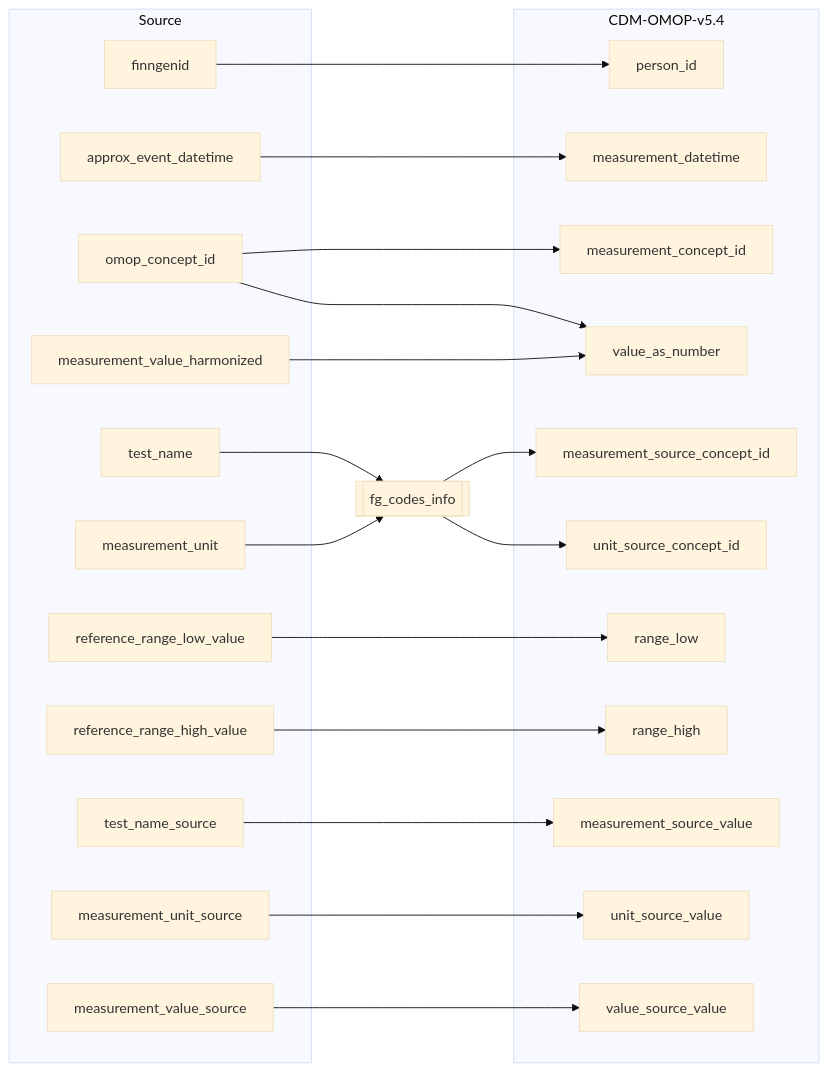
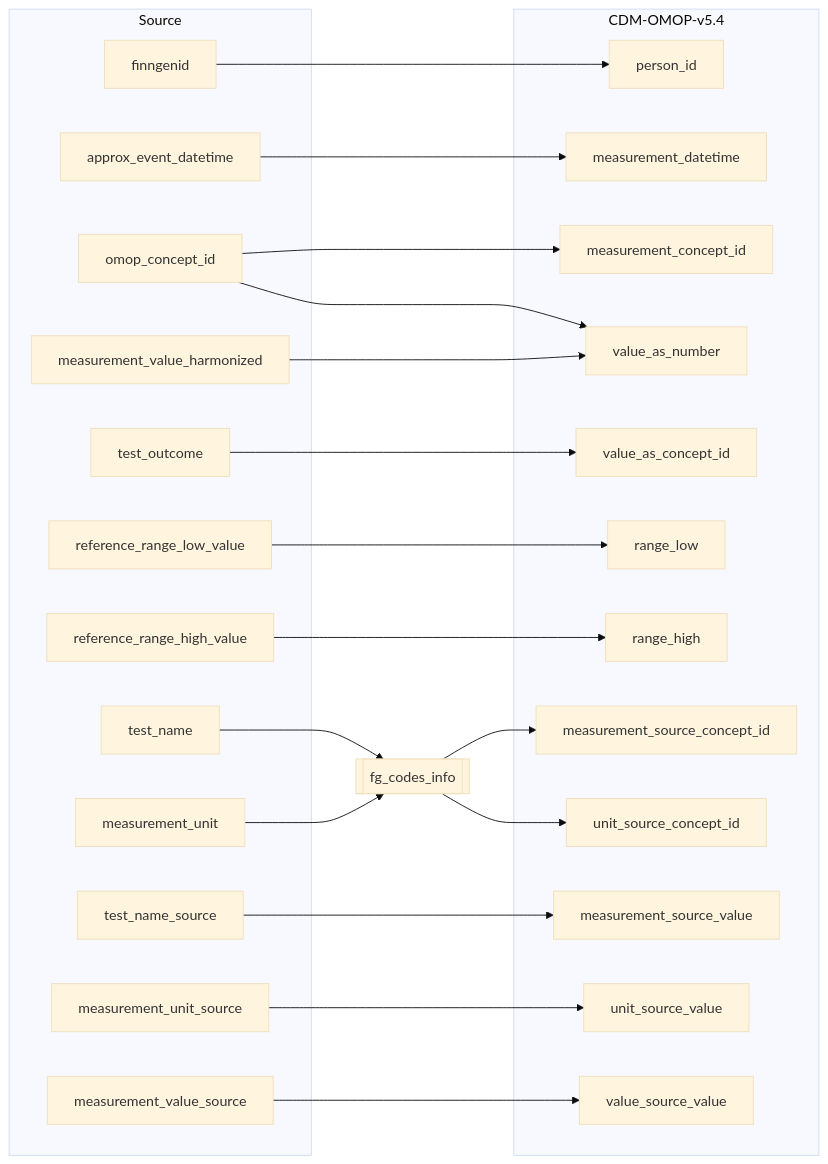
Before and after one commit to FINNGEN/ETL: the diagram in 2_etl_specifications/documentation/kanta_to_measurement.md, drawn with Mermaid. The commit also changed other lines of this file and 19 other files, not shown here.

````diff
--- a/2_etl_specifications/documentation/kanta_to_measurement.md
+++ b/2_etl_specifications/documentation/kanta_to_measurement.md
@@ -10,53 +10,57 @@
 ```mermaid
 %%{init: {'theme': 'base' } }%%
 %%{init: {'theme': 'base' } }%%
 flowchart LR
     subgraph Source
         finngenid
         approx_event_datetime
         omop_concept_id
         measurement_value_harmonized
+        test_outcome
         reference_range_low_value
         reference_range_high_value
         test_name
         measurement_unit
         test_name_source
         measurement_unit_source
         measurement_value_source
     end
 
     fg_codes_info[[fg_codes_info]]
 
     subgraph CDM-OMOP-v5.4
         person_id
         measurement_datetime
-        measurement_concept_id        
+        measurement_concept_id
+        value_as_concept_id      
         value_as_number
         measurement_source_concept_id
         unit_source_concept_id        
         range_low
         range_high
         measurement_source_value
         unit_source_value
         value_source_value
     end
 
     finngenid-->person_id
     approx_event_datetime-->measurement_datetime
 
     omop_concept_id-->measurement_concept_id
     omop_concept_id-->value_as_number
     measurement_value_harmonized-->value_as_number
     reference_range_low_value-->range_low
     reference_range_high_value-->range_high
 
     test_name-->fg_codes_info
     measurement_unit-->fg_codes_info
     fg_codes_info-->measurement_source_concept_id
     fg_codes_info-->unit_source_concept_id
 
     test_name_source-->measurement_source_value
     measurement_unit_source-->unit_source_value
     measurement_value_source-->value_source_value
 
+    test_outcome-->value_as_concept_id
+
 ```
````
